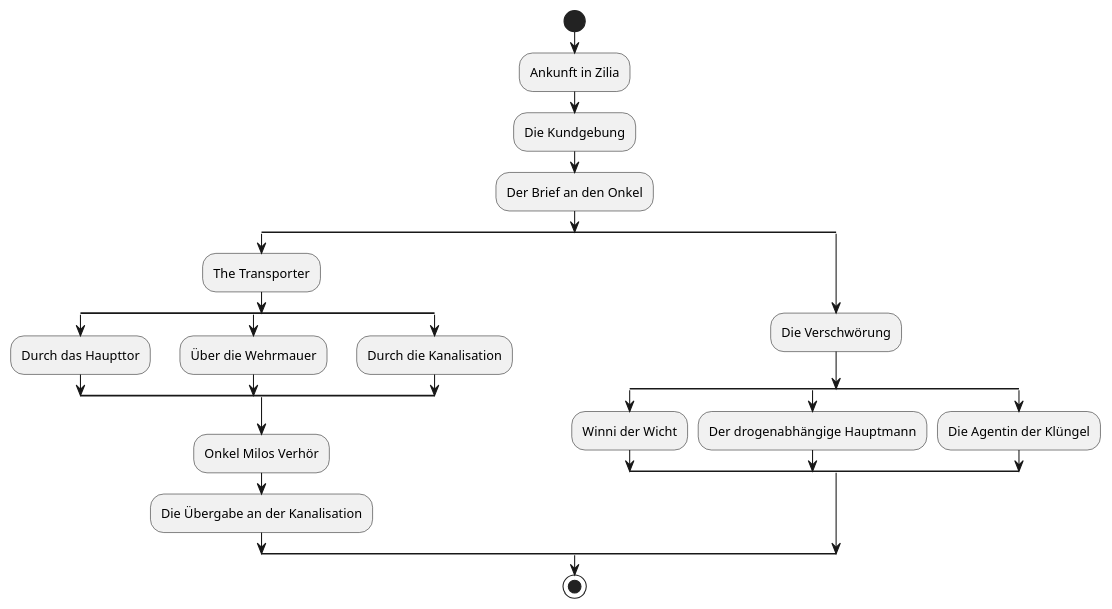
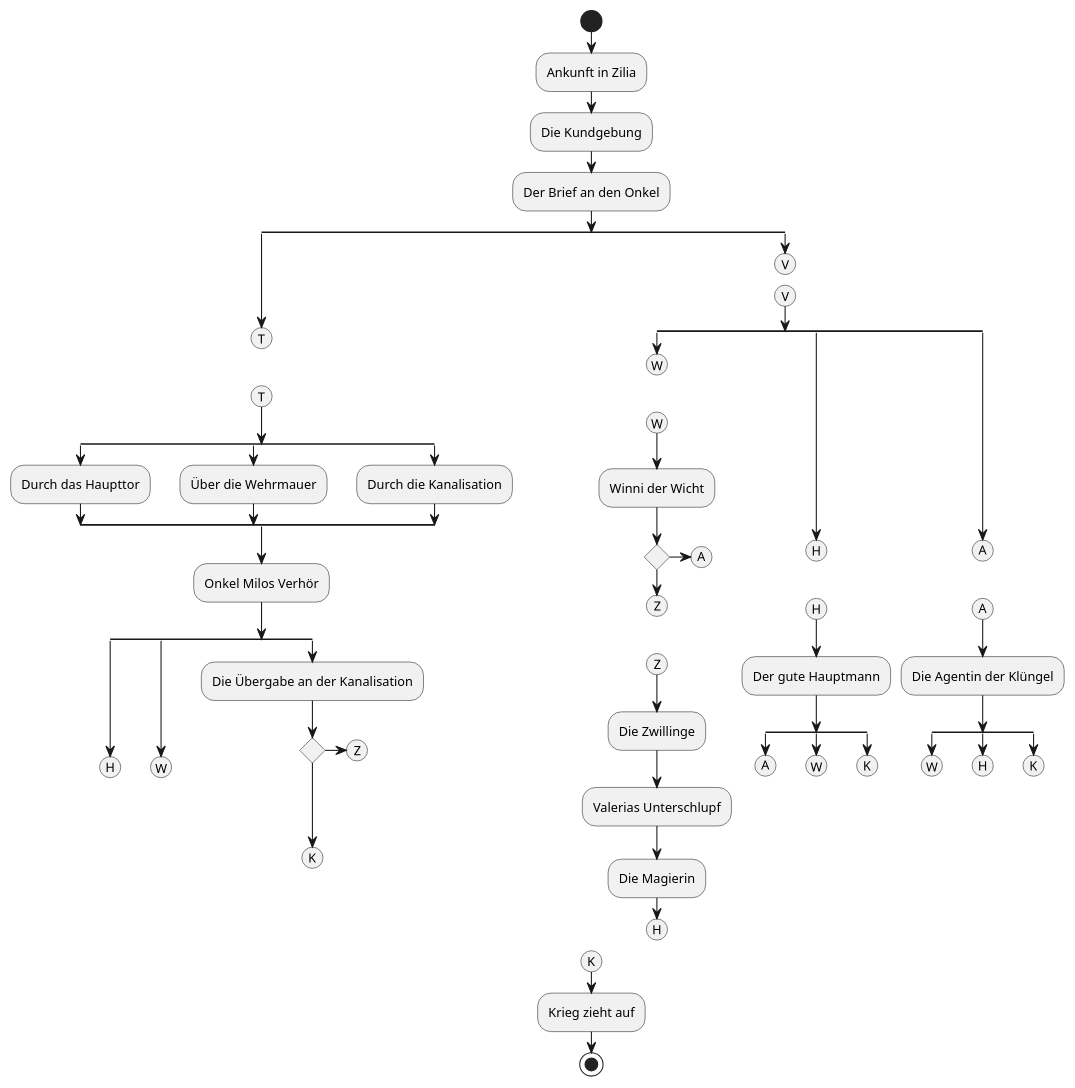
One commit to kaewik/pen_and_paper changed the diagram in scene_flow.pu. Above: the diagram before and after it, drawn with PlantUML. The commit also changed 2 other files, not shown here.

```diff
--- a/scene_flow.pu
+++ b/scene_flow.pu
@@ -1,29 +1,91 @@
 @startuml
 start
 :Ankunft in Zilia;
 :Die Kundgebung;
 :Der Brief an den Onkel;
 split
-    :The Transporter;
+    (T)
+    detach
+    (T)
     split
         :Durch das Haupttor;
     split again
         :Über die Wehrmauer;
     split again
         :Durch die Kanalisation;
     endsplit
 
     :Onkel Milos Verhör;
-    :Die Übergabe an der Kanalisation;
+    split
+        (H)
+        detach
+    split again
+        (W)
+        detach
+    split again
+        :Die Übergabe an der Kanalisation;
+        if ()
+            (Z)
+            detach
+        endif
+        (K)
+        detach
+    endsplit
 split again
-    :Die Verschwörung;
+    (V)
+    detach
+    (V)
     split
+        (W)
+        detach
+        (W)
         :Winni der Wicht;
+        if ()
+            (A)
+            detach
+        else
+            (Z)
+            detach
+            (Z)
+            :Die Zwillinge;
+            :Valerias Unterschlupf;
+            :Die Magierin;
+            (H)
+            detach
+        endif
     split again
-        :Der drogenabhängige Hauptmann;
+        (H)
+        detach
+        (H)
+        :Der gute Hauptmann;
+        split
+            (A)
+            detach
+        split again
+            (W)
+            detach
+        split again
+            (K)
+            detach
+        endsplit
     split again
+        (A)
+        detach
+        (A)
         :Die Agentin der Klüngel;
+        split
+            (W)
+            detach
+        split again
+            (H)
+            detach
+        split again
+            (K)
+            detach
+        endsplit
     endsplit
 endsplit
+(K)
+:Krieg zieht auf;
 stop
 @enduml
```
